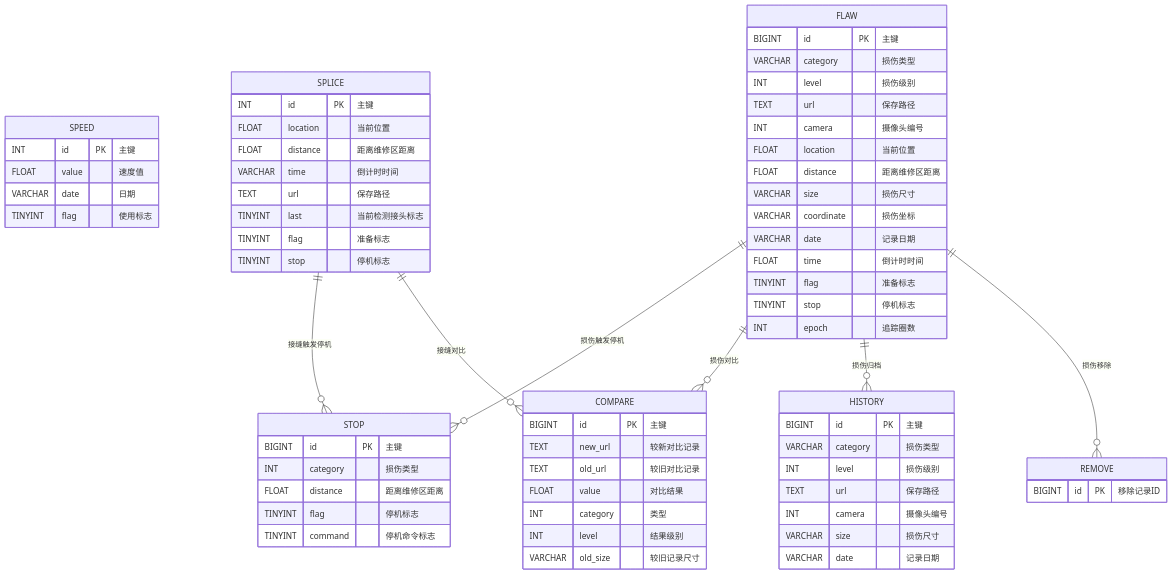
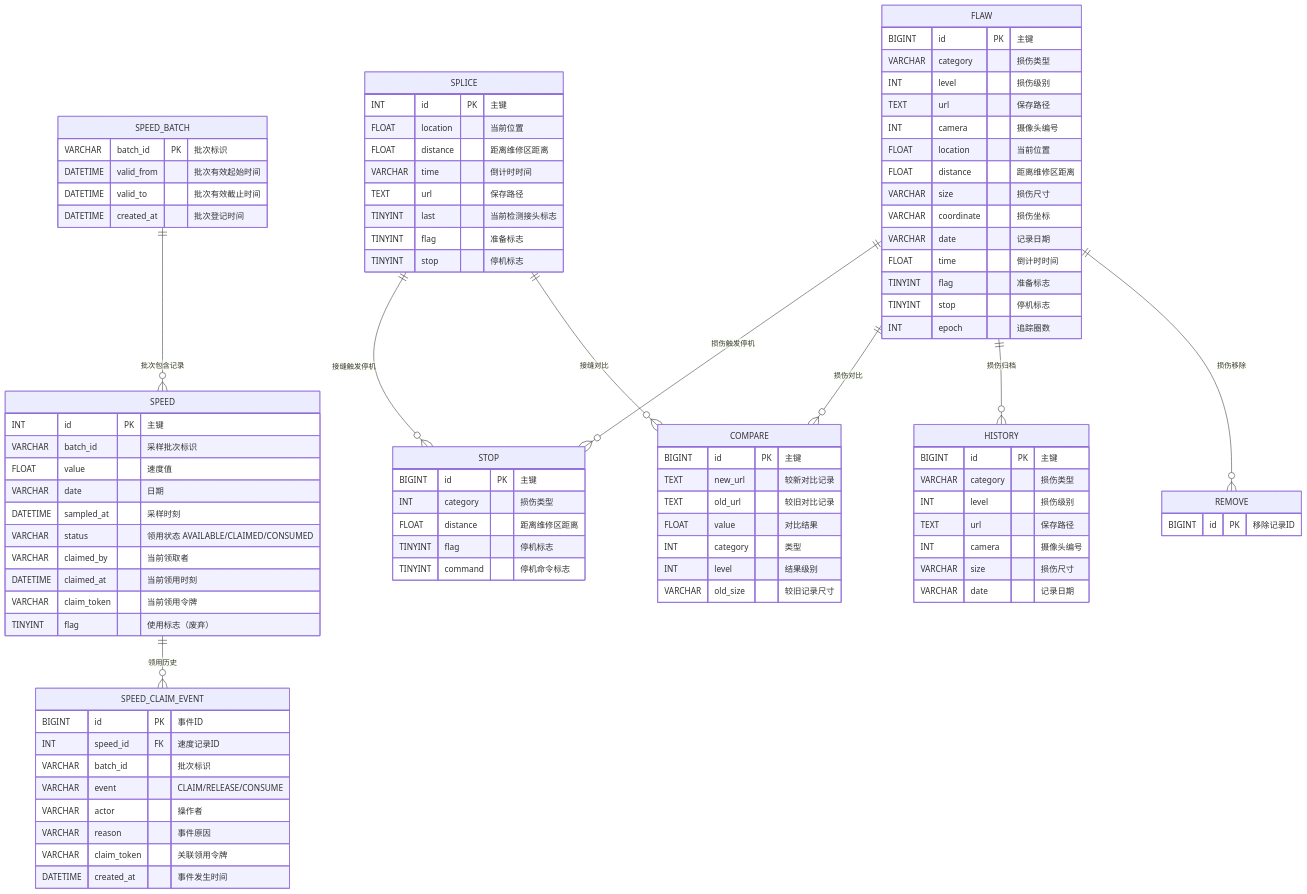
The second of 2 diagrams in docs/project_design.md (vance1852/ccusr-091002-q001), drawn with Mermaid before and after one commit. The commit also changed other lines of this file and 11 other files, not shown here.

````diff
--- a/docs/project_design.md
+++ b/docs/project_design.md
@@ -30,10 +30,32 @@
 ```mermaid
 erDiagram
+    SPEED_BATCH {
+        VARCHAR batch_id PK "批次标识"
+        DATETIME valid_from "批次有效起始时间"
+        DATETIME valid_to "批次有效截止时间"
+        DATETIME created_at "批次登记时间"
+    }
     SPEED {
         INT id PK "主键"
+        VARCHAR batch_id "采样批次标识"
         FLOAT value "速度值"
         VARCHAR date "日期"
-        TINYINT flag "使用标志"
+        DATETIME sampled_at "采样时刻"
+        VARCHAR status "领用状态 AVAILABLE/CLAIMED/CONSUMED"
+        VARCHAR claimed_by "当前领取者"
+        DATETIME claimed_at "当前领用时刻"
+        VARCHAR claim_token "当前领用令牌"
+        TINYINT flag "使用标志（废弃）"
+    }
+    SPEED_CLAIM_EVENT {
+        BIGINT id PK "事件ID"
+        INT speed_id FK "速度记录ID"
+        VARCHAR batch_id "批次标识"
+        VARCHAR event "CLAIM/RELEASE/CONSUME"
+        VARCHAR actor "操作者"
+        VARCHAR reason "事件原因"
+        VARCHAR claim_token "关联领用令牌"
+        DATETIME created_at "事件发生时间"
     }
     SPLICE {
         INT id PK "主键"
@@ -96,4 +118,6 @@
     SPLICE ||--o{ COMPARE : "接缝对比"
     FLAW ||--o{ HISTORY : "损伤归档"
     FLAW ||--o{ REMOVE : "损伤移除"
+    SPEED_BATCH ||--o{ SPEED : "批次包含记录"
+    SPEED ||--o{ SPEED_CLAIM_EVENT : "领用历史"
 ```
````
